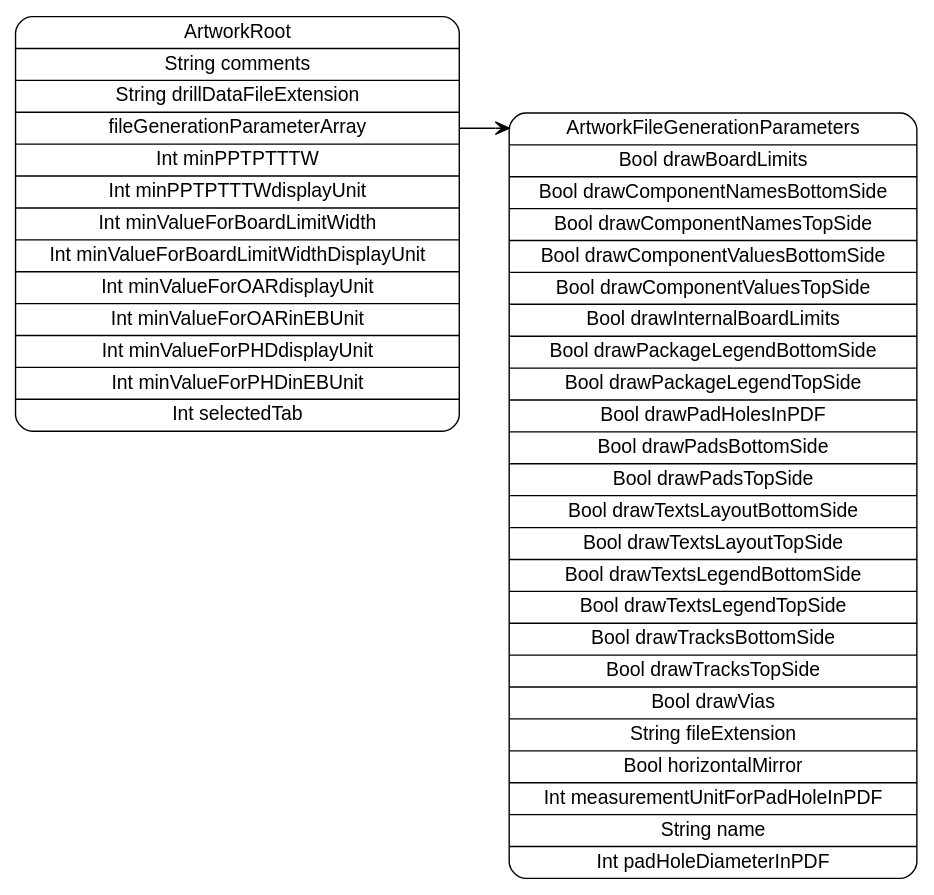
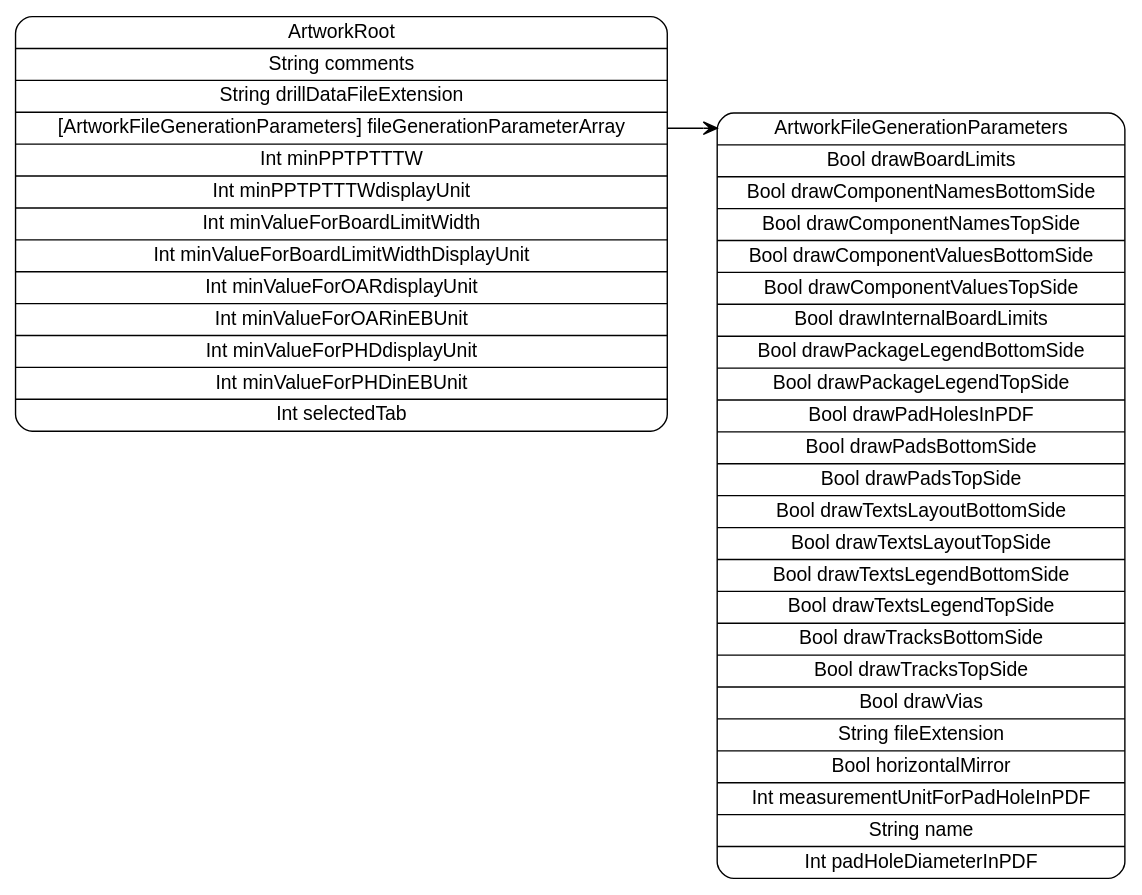
One commit to pierremolinaro/ElCanari-dev changed the diagram in models/ArtworkRoot.dot. Above: the diagram before and after it, drawn with Graphviz. The commit also changed 14 other files, not shown here.

```diff
--- a/models/ArtworkRoot.dot
+++ b/models/ArtworkRoot.dot
@@ -1,7 +1,7 @@
 digraph G {
   rankdir=LR ;
   node [shape=record fontname=helvetica style=rounded] ;
-  ArtworkRoot[label="<ArtworkRoot>ArtworkRoot|String comments|String drillDataFileExtension|<fileGenerationParameterArray>fileGenerationParameterArray|Int minPPTPTTTW|Int minPPTPTTTWdisplayUnit|Int minValueForBoardLimitWidth|Int minValueForBoardLimitWidthDisplayUnit|Int minValueForOARdisplayUnit|Int minValueForOARinEBUnit|Int minValueForPHDdisplayUnit|Int minValueForPHDinEBUnit|Int selectedTab"] ;
+  ArtworkRoot[label="<ArtworkRoot>ArtworkRoot|String comments|String drillDataFileExtension|<fileGenerationParameterArray>[ArtworkFileGenerationParameters] fileGenerationParameterArray|Int minPPTPTTTW|Int minPPTPTTTWdisplayUnit|Int minValueForBoardLimitWidth|Int minValueForBoardLimitWidthDisplayUnit|Int minValueForOARdisplayUnit|Int minValueForOARinEBUnit|Int minValueForPHDdisplayUnit|Int minValueForPHDinEBUnit|Int selectedTab"] ;
   ArtworkFileGenerationParameters[label="<ArtworkFileGenerationParameters>ArtworkFileGenerationParameters|Bool drawBoardLimits|Bool drawComponentNamesBottomSide|Bool drawComponentNamesTopSide|Bool drawComponentValuesBottomSide|Bool drawComponentValuesTopSide|Bool drawInternalBoardLimits|Bool drawPackageLegendBottomSide|Bool drawPackageLegendTopSide|Bool drawPadHolesInPDF|Bool drawPadsBottomSide|Bool drawPadsTopSide|Bool drawTextsLayoutBottomSide|Bool drawTextsLayoutTopSide|Bool drawTextsLegendBottomSide|Bool drawTextsLegendTopSide|Bool drawTracksBottomSide|Bool drawTracksTopSide|Bool drawVias|String fileExtension|Bool horizontalMirror|Int measurementUnitForPadHoleInPDF|String name|Int padHoleDiameterInPDF"] ;
   ArtworkRoot:fileGenerationParameterArray -> ArtworkFileGenerationParameters:ArtworkFileGenerationParameters [dir=both arrowtail=none arrowhead=vee] ;
 }
```
